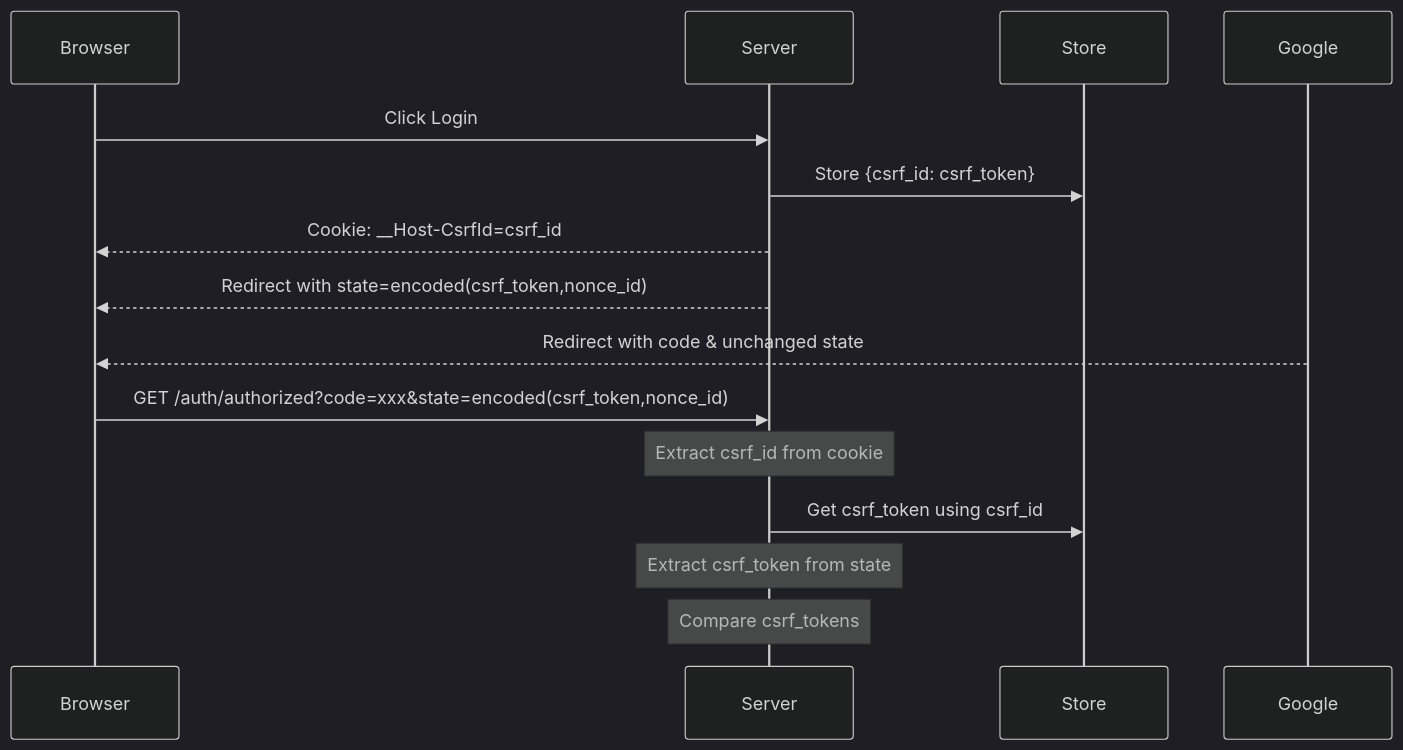
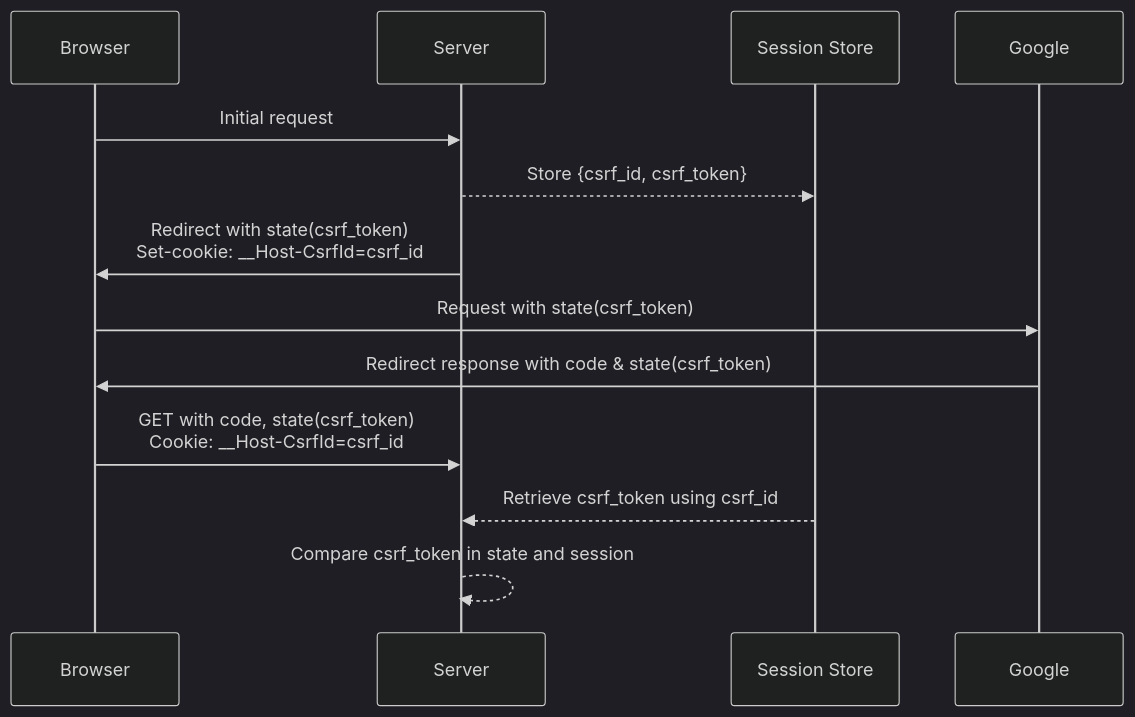
The fourth of 4 diagrams in 2024/Axum-Google-OAuth2-Login/Readme.en.md (ktaka-ccmp/ktaka.blog.ccmp.jp), drawn with Mermaid (dark theme) before and after one commit. The commit also changed other lines of this file, not shown here.

````diff
--- a/2024/Axum-Google-OAuth2-Login/Readme.en.md
+++ b/2024/Axum-Google-OAuth2-Login/Readme.en.md
@@ -361,18 +361,16 @@
 ```mermaid
 sequenceDiagram
     participant Browser
     participant Server
-    participant Store
+    participant Session Store
     participant Google
 
-    Browser->>Server: Click Login
-    Server->>Store: Store {csrf_id: csrf_token}
-    Server-->>Browser: Cookie: __Host-CsrfId=csrf_id
-    Server-->>Browser: Redirect with state=encoded(csrf_token,nonce_id)
-    Google-->>Browser: Redirect with code & unchanged state
-    Browser->>Server: GET /auth/authorized?code=xxx&state=encoded(csrf_token,nonce_id)
-    Note over Server: Extract csrf_id from cookie
-    Server->>Store: Get csrf_token using csrf_id
-    Note over Server: Extract csrf_token from state
-    Note over Server: Compare csrf_tokens
+    Browser->>Server: Initial request
+    Server-->>Session Store: Store {csrf_id, csrf_token}
+    Server->>Browser: Redirect with state(csrf_token) <br/>Set-cookie: __Host-CsrfId=csrf_id
+    Browser->>Google: Request with state(csrf_token)
+    Google->>Browser: Redirect response with code & state(csrf_token)
+    Browser->>Server: GET with code, state(csrf_token) <br/>Cookie: __Host-CsrfId=csrf_id
+    Session Store-->>Server: Retrieve csrf_token using csrf_id
+    Server-->>Server: Compare csrf_token in state and session
 ```
````
